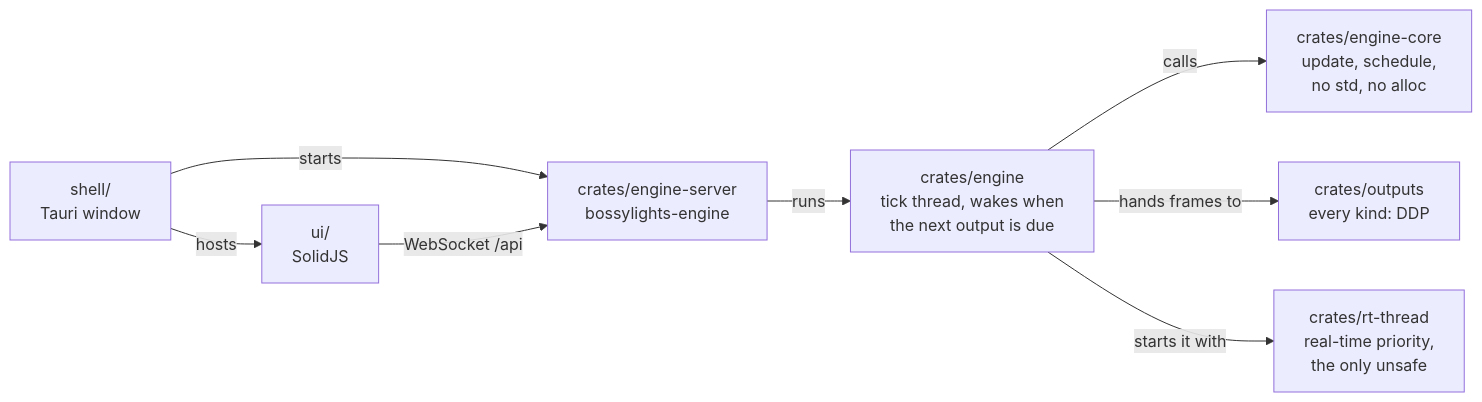
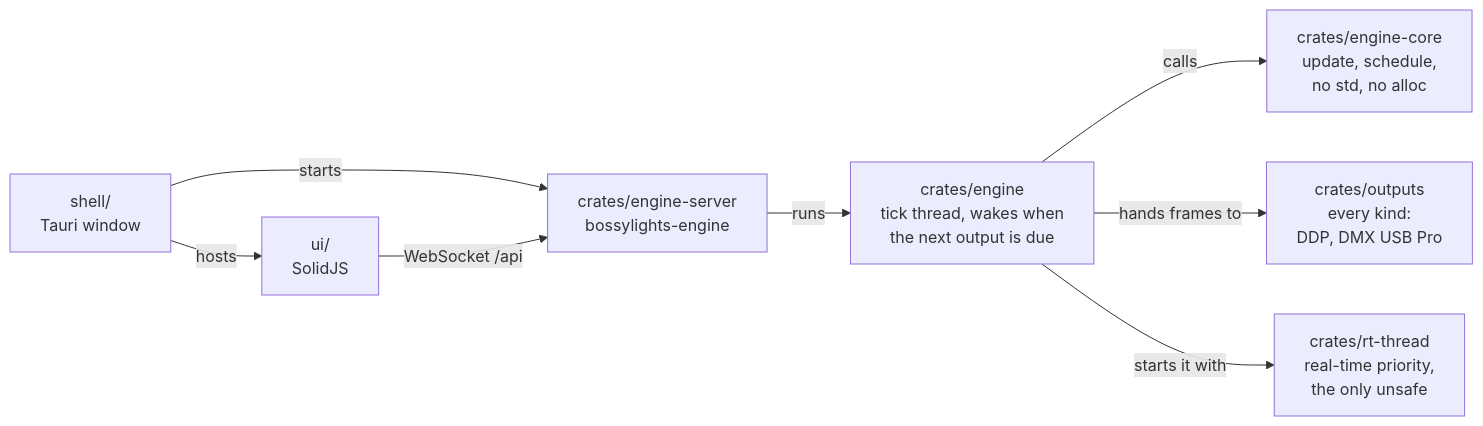
One commit to abossard/bossylights changed the first of 4 diagrams in README.md. Above: the diagram before and after it, drawn with Mermaid. The commit also changed other lines of this file and 1 other file, not shown here.

Commit message:
docs: DMX USB Pro kind, how a lost device finds itself again, the hands-on checks (#106)

````diff
--- a/README.md
+++ b/README.md
@@ -25,10 +25,10 @@
 ```mermaid
 flowchart LR
   SH["shell/<br/>Tauri window"] -- "starts" --> EB["crates/engine-server<br/>bossylights-engine"]
   EB -- "runs" --> EN["crates/engine<br/>tick thread, wakes when<br/>the next output is due"]
   EN -- "calls" --> CO["crates/engine-core<br/>update, schedule,<br/>no std, no alloc"]
-  EN -- "hands frames to" --> OU["crates/outputs<br/>every kind: DDP"]
+  EN -- "hands frames to" --> OU["crates/outputs<br/>every kind:<br/>DDP, DMX USB Pro"]
   EN -- "starts it with" --> RT["crates/rt-thread<br/>real-time priority,<br/>the only unsafe"]
   SH -- "hosts" --> UI["ui/<br/>SolidJS"]
   UI -- "WebSocket /api" --> EB
 ```
````
